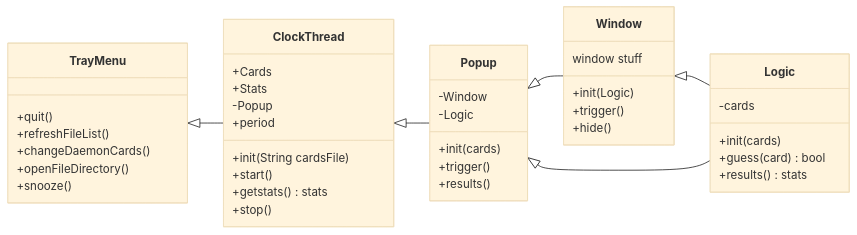
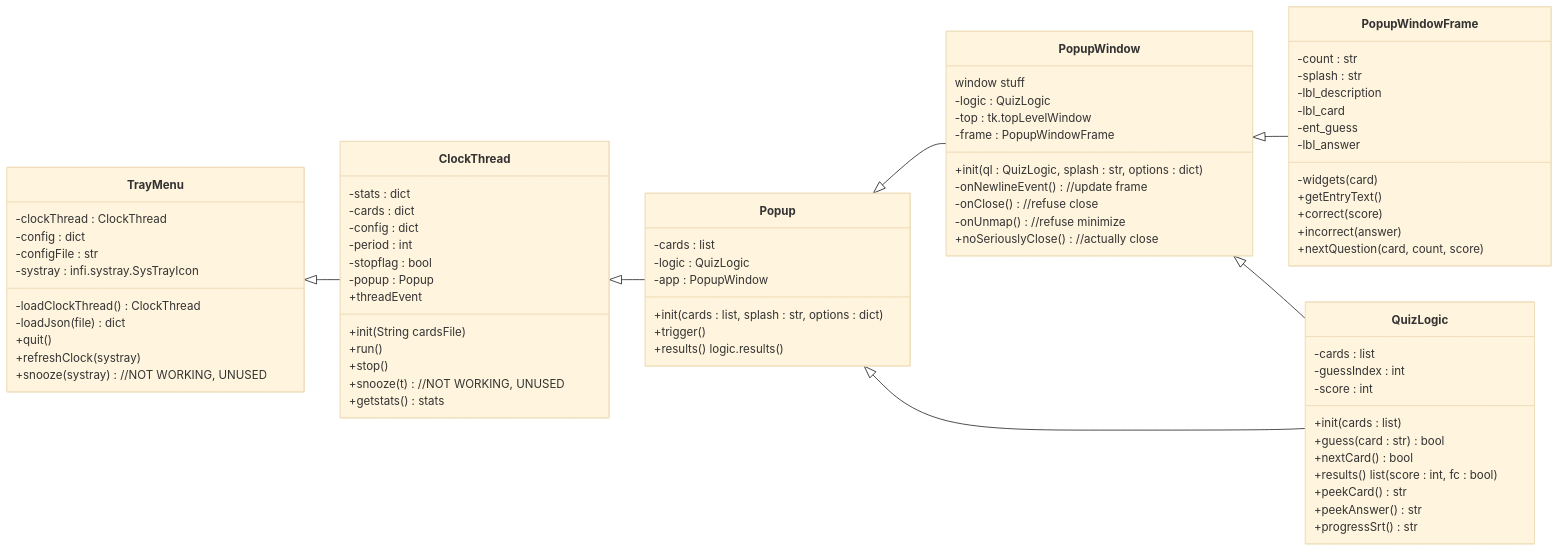
One commit to 24adamcho/sudden-flash-card-event changed the fourth of 4 diagrams in docs/classdiagram.md. Above: the diagram before and after it, drawn with Mermaid (base theme). The commit also changed other lines of this file, not shown here.

Commit message:
class diagram updated

````diff
--- a/docs/classdiagram.md
+++ b/docs/classdiagram.md
@@ -61,48 +101,88 @@
 ```mermaid
 classDiagram
 direction LR
-    class Logic{
-        -cards
-        +init(cards)
-        +guess(card) bool
-        +results() stats
+    class QuizLogic{
+        -cards : list
+        -guessIndex : int
+        -score : int
+
+        +init(cards : list)
+        +guess(card : str) bool
+        +nextCard() bool
+        +results() list (score : int, fc : bool)
+        +peekCard() str
+        +peekAnswer() str
+        +progressSrt() str
     }
-    class Window{
+    class PopupWindow{
         window stuff
-        +init(Logic)
-        +trigger()
-        +hide()
+        -logic : QuizLogic
+        -top : tk.topLevelWindow
+        -frame : PopupWindowFrame
+
+        +init(ql : QuizLogic, splash : str, options : dict)
+        -onNewlineEvent() //update frame
+        -onClose() //refuse close
+        -onUnmap() //refuse minimize
+        +noSeriouslyClose() //actually close
+    }
+    class PopupWindowFrame{
+        -count : str
+        -splash : str
+
+        -lbl_description
+        -lbl_card
+        -ent_guess
+        -lbl_answer
+        -widgets(card)
+
+        +getEntryText()
+        +correct(score)
+        +incorrect(answer)
+        +nextQuestion(card, count, score)
     }
     class Popup{
-        -Window
-        -Logic
-        +init(cards)
+        -cards : list
+        -logic : QuizLogic
+        -app : PopupWindow
+        +init(cards : list, splash : str, options : dict)
         +trigger()
-        +results()
+        +results() logic.results()
     }
 
     class ClockThread{
-        +Cards
-        +Stats
-        -Popup
-        +period
+        -stats : dict
+        -cards : dict
+        -config : dict
+        -period : int
+        -stopflag : bool
+        -popup : Popup
+        +threadEvent
+        
         +init(String cardsFile)
-        +start()
+        +run()
+        +stop()
+        +snooze(t) //NOT WORKING, UNUSED
         +getstats() stats
-        +stop()
     }
 
     class TrayMenu{
+        -clockThread : ClockThread
+        -config : dict
+        -configFile : str
+        -systray : infi.systray.SysTrayIcon
+
+        -loadClockThread() ClockThread
+        -loadJson(file) dict
         +quit()
-        +refreshFileList()
-        +changeDaemonCards()
-        +openFileDirectory()
-        +snooze()
+        +refreshClock(systray)
+        +snooze(systray) //NOT WORKING, UNUSED
     }
 
-    Popup <|-- Window
-    Window <|-- Logic
-    Popup <|-- Logic
+    Popup <|-- PopupWindow
+    PopupWindow <|-- PopupWindowFrame
+    PopupWindow <|-- QuizLogic
+    Popup <|-- QuizLogic
 
     ClockThread<|-- Popup
     TrayMenu <|-- ClockThread
````
